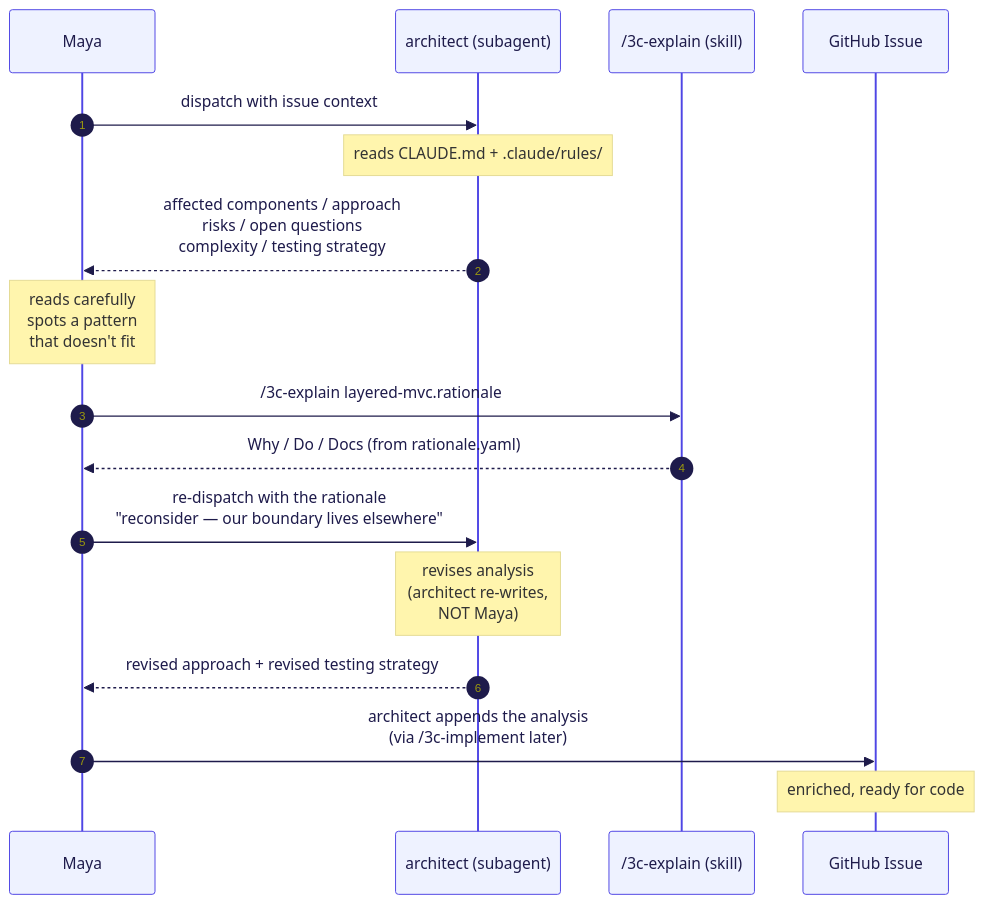
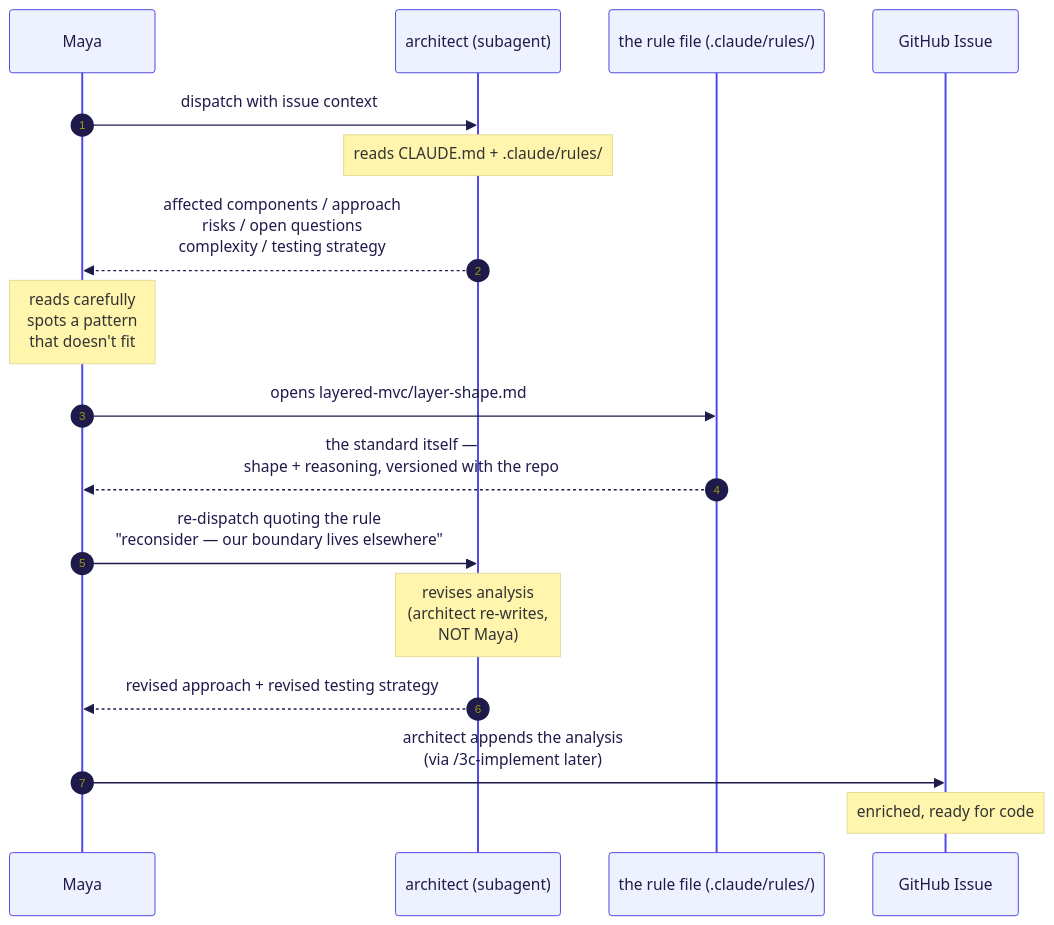
One commit to kgn-git/3C changed the diagram in infographic/diagrams/g-enrichment.mmd. Above: the diagram before and after it, drawn with Mermaid. The commit also changed 61 other files, not shown here.

```diff
--- a/infographic/diagrams/g-enrichment.mmd
+++ b/infographic/diagrams/g-enrichment.mmd
@@ -1,22 +1,22 @@
 %%{init: {'theme':'base','themeVariables':{'primaryColor':'#EEF2FF','primaryTextColor':'#1E1B4B','primaryBorderColor':'#4F46E5','lineColor':'#6366F1','fontFamily':'Inter, sans-serif','fontSize':'16px'}}}%%
 sequenceDiagram
     autonumber
     participant Maya as Maya
     participant Arch as architect (subagent)
-    participant Exp as /3c-explain (skill)
+    participant Rule as the rule file (.claude/rules/)
     participant Issue as GitHub Issue
 
     Maya->>Arch: dispatch with issue context
     Note over Arch: reads CLAUDE.md + .claude/rules/
     Arch-->>Maya: affected components / approach<br/>risks / open questions<br/>complexity / testing strategy
 
     Note over Maya: reads carefully<br/>spots a pattern<br/>that doesn't fit
-    Maya->>Exp: /3c-explain layered-mvc.rationale
-    Exp-->>Maya: Why / Do / Docs (from rationale.yaml)
+    Maya->>Rule: opens layered-mvc/layer-shape.md
+    Rule-->>Maya: the standard itself —<br/>shape + reasoning, versioned with the repo
 
-    Maya->>Arch: re-dispatch with the rationale<br/>"reconsider — our boundary lives elsewhere"
+    Maya->>Arch: re-dispatch quoting the rule<br/>"reconsider — our boundary lives elsewhere"
     Note over Arch: revises analysis<br/>(architect re-writes,<br/>NOT Maya)
     Arch-->>Maya: revised approach + revised testing strategy
 
     Maya->>Issue: architect appends the analysis<br/>(via /3c-implement later)
     Note over Issue: enriched, ready for code
```
